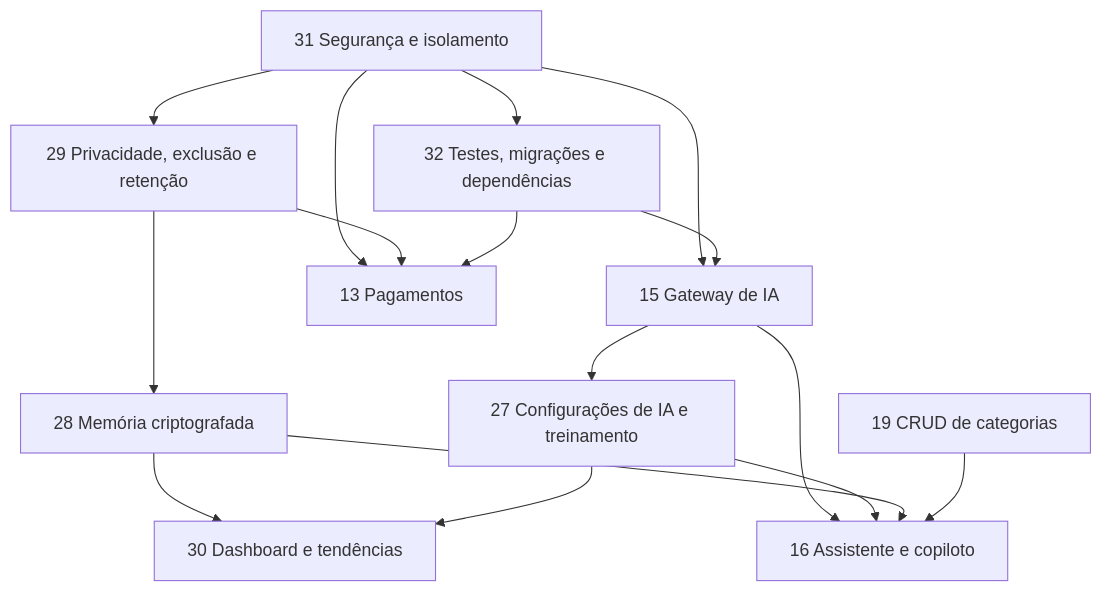
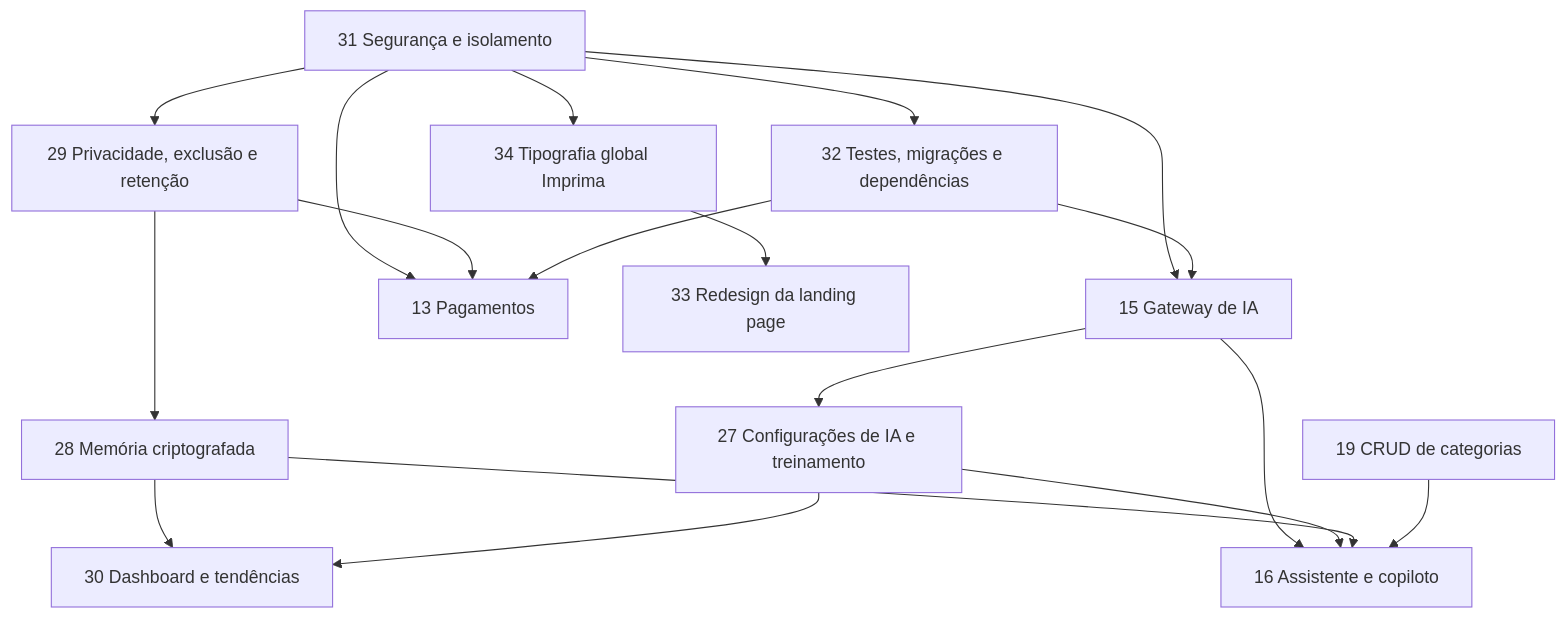
Before and after one commit to ilyra-ai/kairo: the diagram in andamento-claude.md, drawn with Mermaid. The commit also changed other lines of this file and 95 other files, not shown here.

````diff
--- a/andamento-claude.md
+++ b/andamento-claude.md
@@ -1495,18 +1636,20 @@
 ```mermaid
 flowchart TD
     T31["31 Segurança e isolamento"] --> T32["32 Testes, migrações e dependências"]
     T31 --> T29["29 Privacidade, exclusão e retenção"]
     T31 --> T15["15 Gateway de IA"]
     T32 --> T15
     T29 --> T28["28 Memória criptografada"]
     T15 --> T27["27 Configurações de IA e treinamento"]
     T28 --> T30["30 Dashboard e tendências"]
     T27 --> T30
     T15 --> T16["16 Assistente e copiloto"]
     T27 --> T16
     T28 --> T16
     T19["19 CRUD de categorias"] --> T16
     T31 --> T13["13 Pagamentos"]
     T29 --> T13
     T32 --> T13
+    T31 --> T34["34 Tipografia global Imprima"]
+    T34 --> T33["33 Redesign da landing page"]
 ```
````
